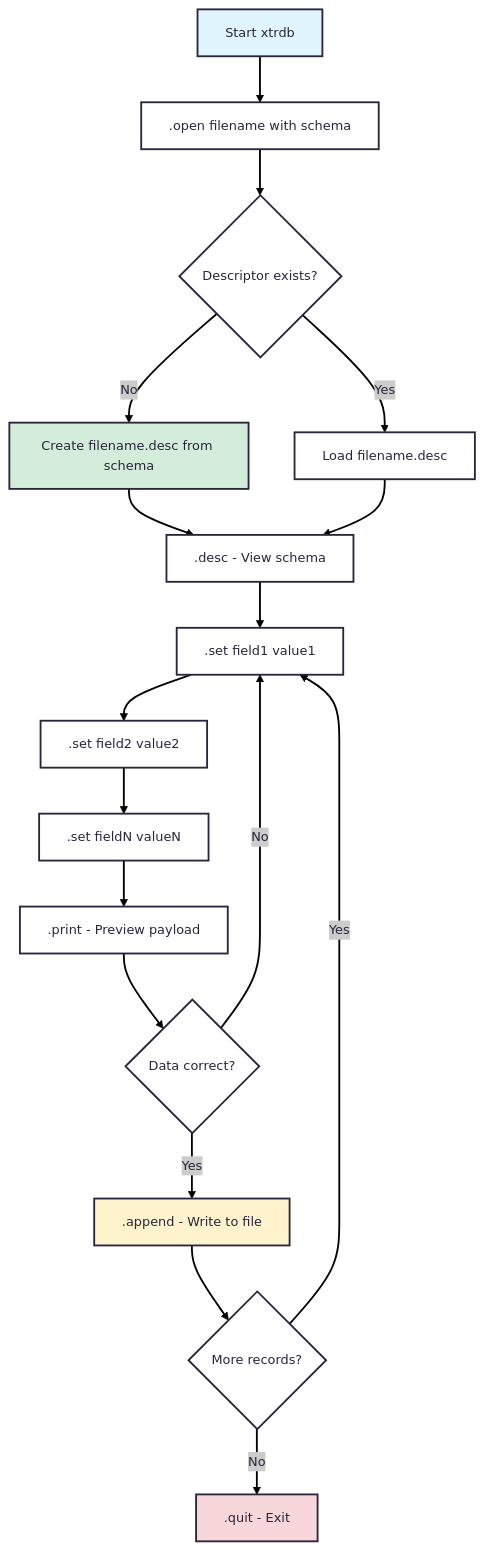
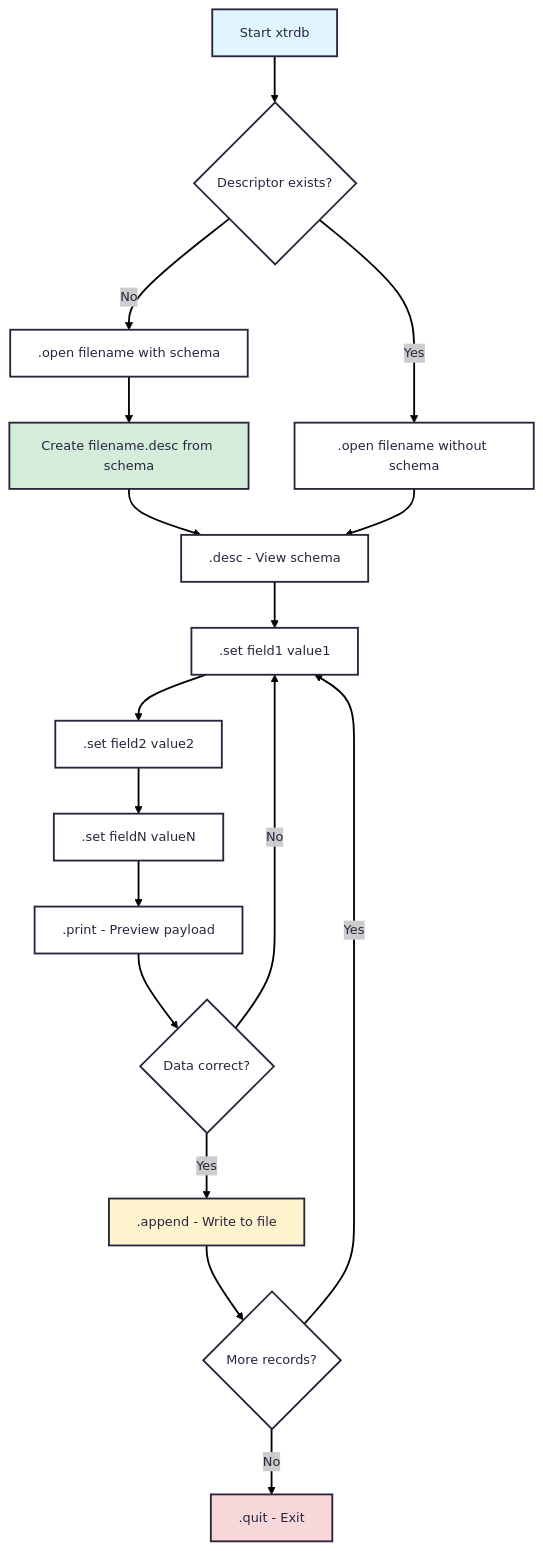
Before and after one commit to michalwidera/retractordb: the first of 7 diagrams in src/rdb/README.md, drawn with Mermaid. The commit also changed other lines of this file, not shown here.

````diff
--- a/src/rdb/README.md
+++ b/src/rdb/README.md
@@ -300,25 +306,25 @@
 ```mermaid
 %%{init: {'theme': 'redux-color', "flowchart" : { "curve" : "basis" } } }%%
 flowchart TD
-    A[Start xtrdb] --> B[.open filename with schema]
-    B --> C{Descriptor exists?}
-    C -->|No| D[Create filename.desc from schema]
-    C -->|Yes| E[Load filename.desc]
+    A[Start xtrdb] --> C{Descriptor exists?}
+    C -->|No| B[.open filename with schema]
+    B --> D[Create filename.desc from schema]
+    C -->|Yes| E[.open filename without schema]
     D --> F[.desc - View schema]
     E --> F
     F --> G[.set field1 value1]
     G --> H[.set field2 value2]
     H --> I[.set fieldN valueN]
     I --> J[.print - Preview payload]
     J --> K{Data correct?}
     K -->|No| G
     K -->|Yes| L[.append - Write to file]
     L --> M{More records?}
     M -->|Yes| G
     M -->|No| N[.quit - Exit]
     
     style A fill:#e1f5ff
     style D fill:#d4edda
     style L fill:#fff3cd
     style N fill:#f8d7da
 ```
````
